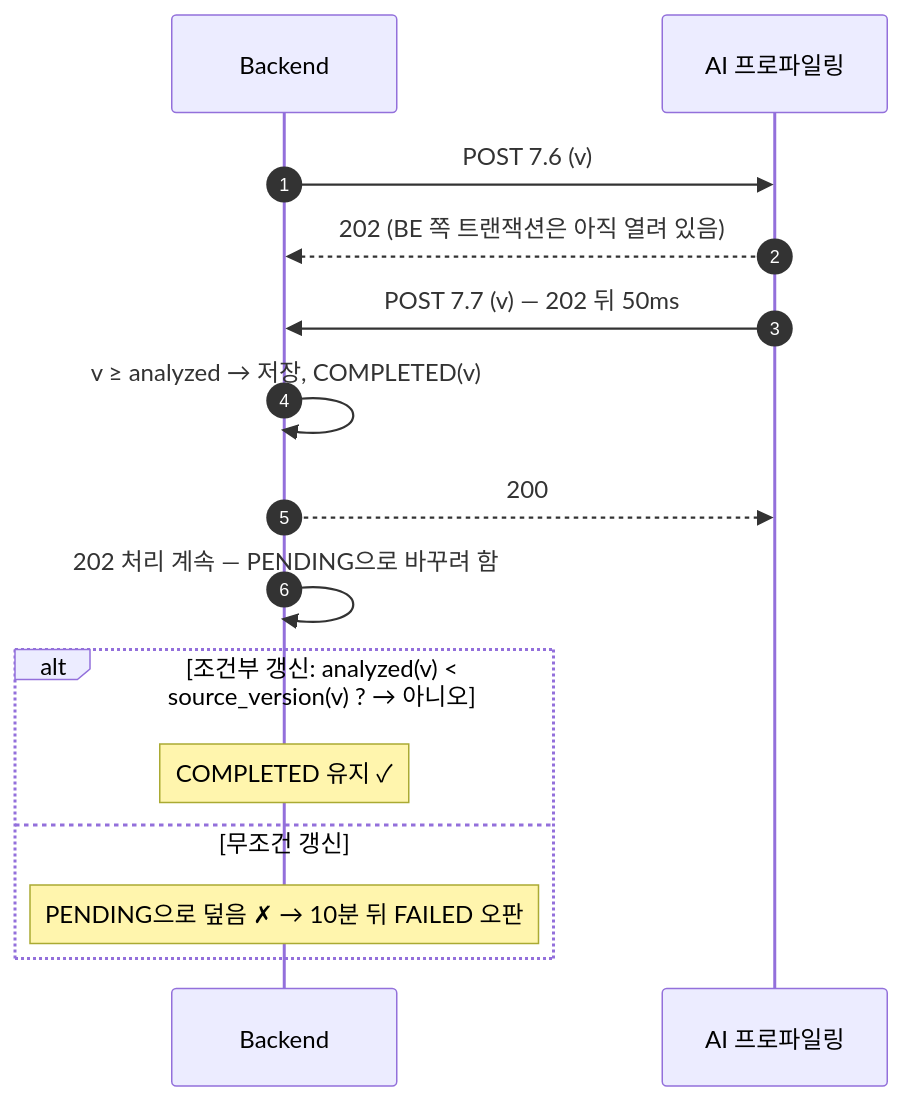
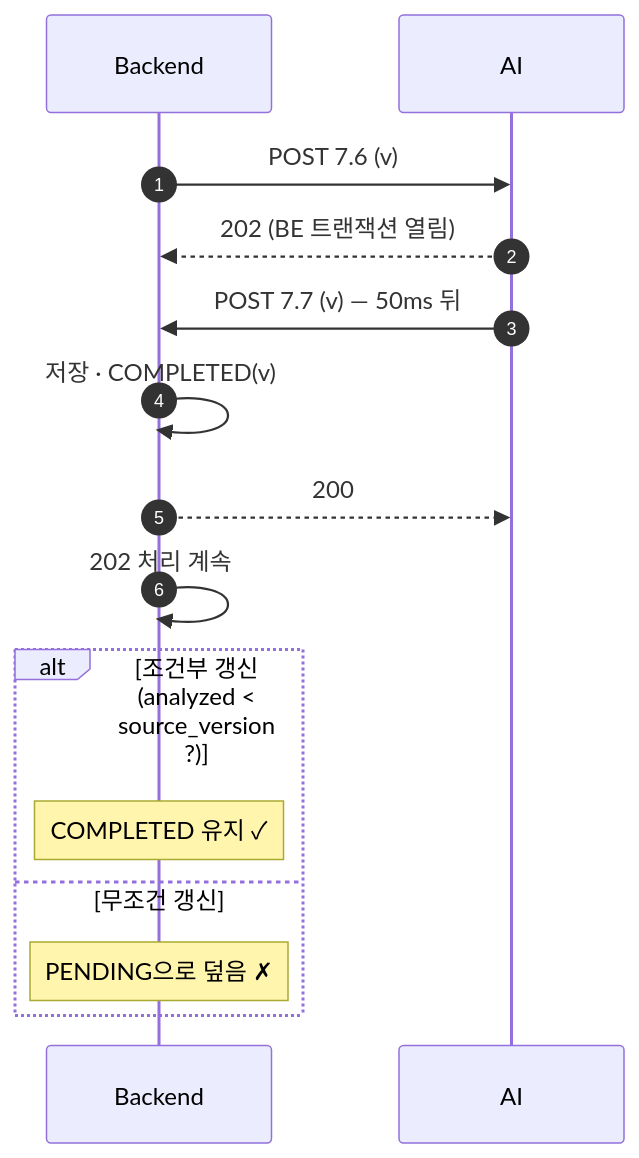
Before and after one commit to 100-hours-a-week/KTB4-12th-AI: the fifth of 6 diagrams in profiling/docs/BE_연동_필드표_v1.md, drawn with Mermaid. The commit also changed other lines of this file and 70 other files, not shown here.

````diff
--- a/profiling/docs/BE_연동_필드표_v1.md
+++ b/profiling/docs/BE_연동_필드표_v1.md
@@ -396,17 +391,17 @@
 ```mermaid
 sequenceDiagram
   autonumber
   participant BE as Backend
-  participant AI as AI 프로파일링
+  participant AI as AI
   BE->>AI: POST 7.6 (v)
-  AI-->>BE: 202 (BE 쪽 트랜잭션은 아직 열려 있음)
-  AI->>BE: POST 7.7 (v) — 202 뒤 50ms
-  BE->>BE: v ≥ analyzed → 저장, COMPLETED(v)
+  AI-->>BE: 202 (BE 트랜잭션 열림)
+  AI->>BE: POST 7.7 (v) — 50ms 뒤
+  BE->>BE: 저장 · COMPLETED(v)
   BE-->>AI: 200
-  BE->>BE: 202 처리 계속 — PENDING으로 바꾸려 함
-  alt 조건부 갱신: analyzed(v) < source_version(v) ? → 아니오
+  BE->>BE: 202 처리 계속
+  alt 조건부 갱신 (analyzed < source_version ?)
     Note over BE: COMPLETED 유지 ✓
   else 무조건 갱신
-    Note over BE: PENDING으로 덮음 ✗ → 10분 뒤 FAILED 오판
+    Note over BE: PENDING으로 덮음 ✗
   end
 ```
````
